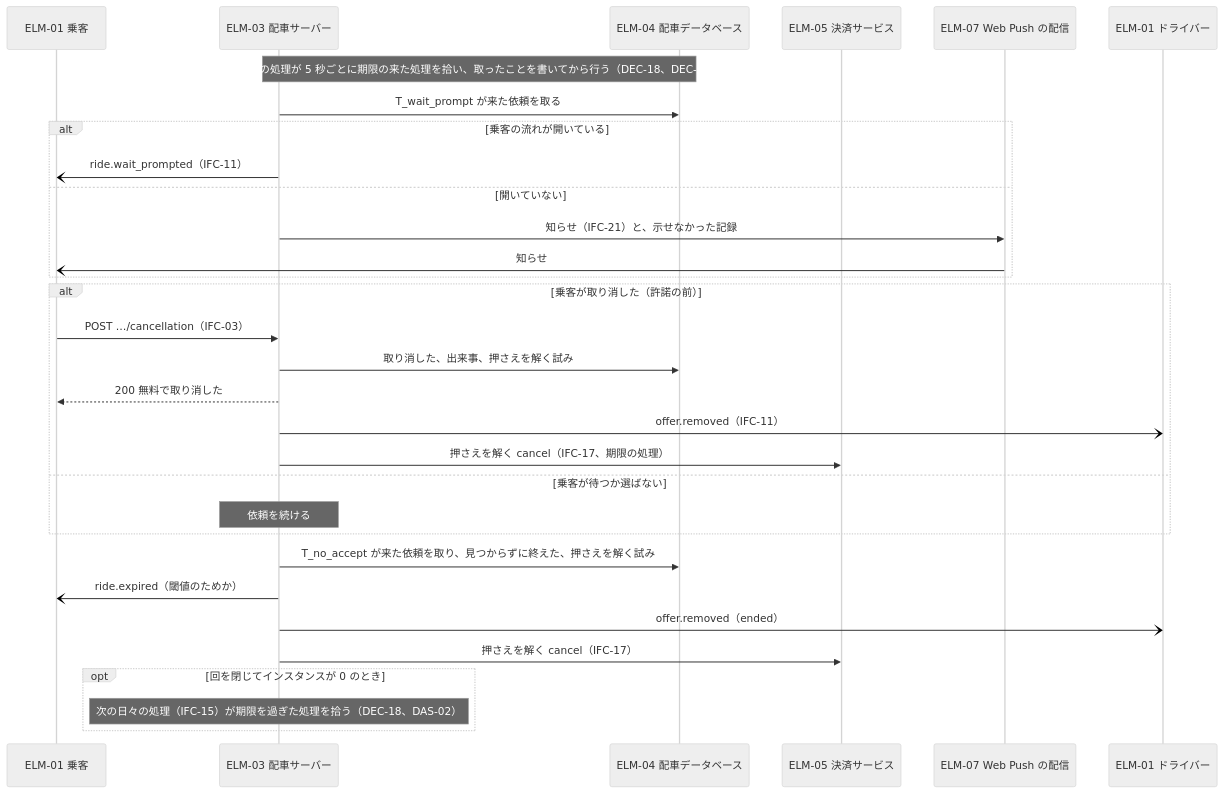
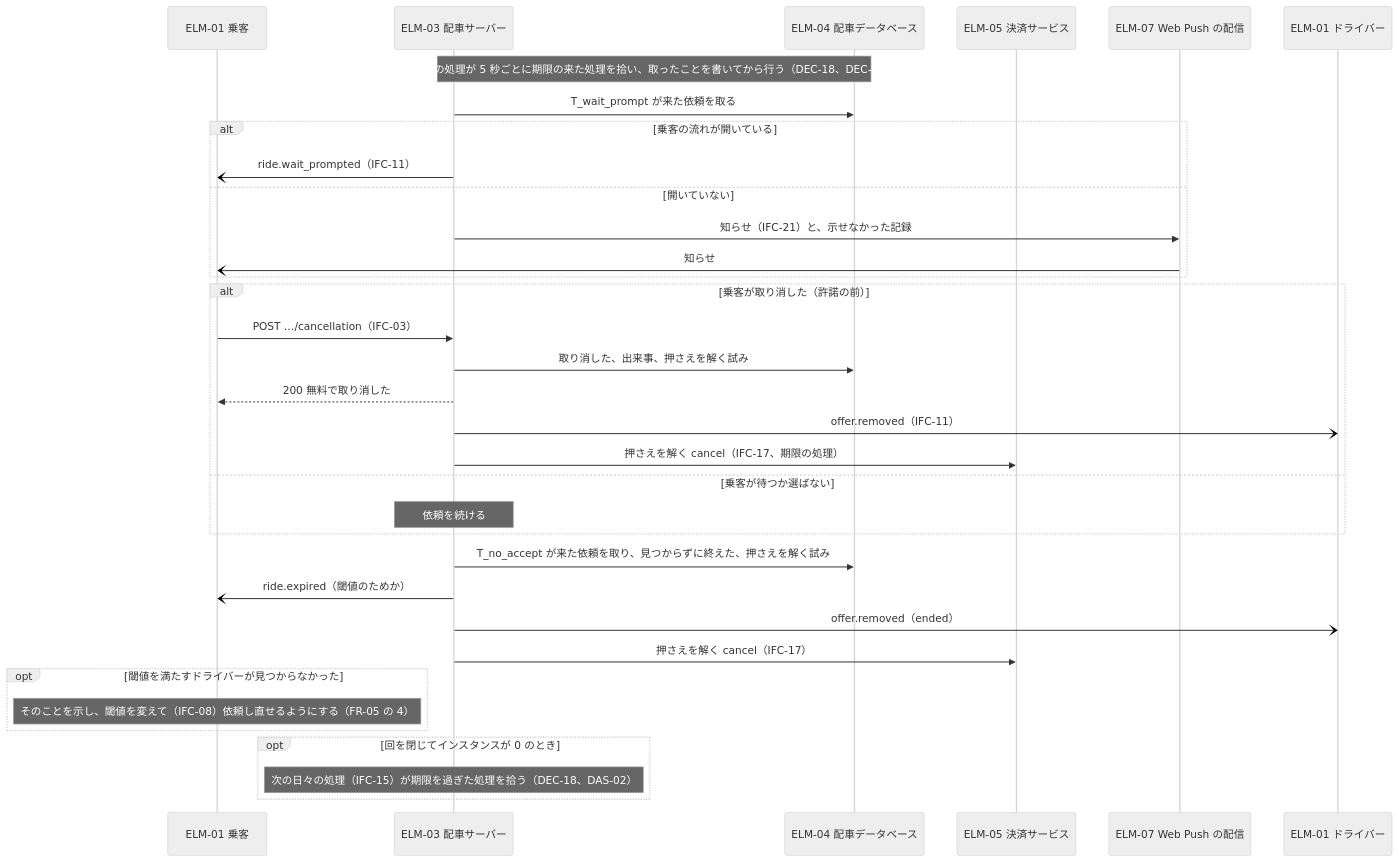
Before and after one commit to Taro000/ride-hailing-app-demo: the second of 57 diagrams in docs/design/3-high-level-design.md, drawn with Mermaid (neutral theme). The commit also changed other lines of this file and 51 other files, not shown here.

````diff
--- a/docs/design/3-high-level-design.md
+++ b/docs/design/3-high-level-design.md
@@ -187,33 +201,36 @@
 ```mermaid
 sequenceDiagram
   participant P as ELM-01 乗客
   participant S as ELM-03 配車サーバー
   participant DB as ELM-04 配車データベース
   participant PAY as ELM-05 決済サービス
   participant WP as ELM-07 Web Push の配信
   participant D as ELM-01 ドライバー
   Note over S,DB: 期限の処理が 5 秒ごとに期限の来た処理を拾い、取ったことを書いてから行う（DEC-18、DEC-46）
   S->>DB: T_wait_prompt が来た依頼を取る
   alt 乗客の流れが開いている
     S-)P: ride.wait_prompted（IFC-11）
   else 開いていない
     S->>WP: 知らせ（IFC-21）と、示せなかった記録
     WP-)P: 知らせ
   end
   alt 乗客が取り消した（許諾の前）
     P->>S: POST …/cancellation（IFC-03）
     S->>DB: 取り消した、出来事、押さえを解く試み
     S-->>P: 200 無料で取り消した
     S-)D: offer.removed（IFC-11）
     S->>PAY: 押さえを解く cancel（IFC-17、期限の処理）
   else 乗客が待つか選ばない
     Note over S: 依頼を続ける
   end
   S->>DB: T_no_accept が来た依頼を取り、見つからずに終えた、押さえを解く試み
   S-)P: ride.expired（閾値のためか）
   S-)D: offer.removed（ended）
   S->>PAY: 押さえを解く cancel（IFC-17）
+  opt 閾値を満たすドライバーが見つからなかった
+    Note over P: そのことを示し、閾値を変えて（IFC-08）依頼し直せるようにする（FR-05 の 4）
+  end
   opt 回を閉じてインスタンスが 0 のとき
     Note over S: 次の日々の処理（IFC-15）が期限を過ぎた処理を拾う（DEC-18、DAS-02）
   end
 ```
````
